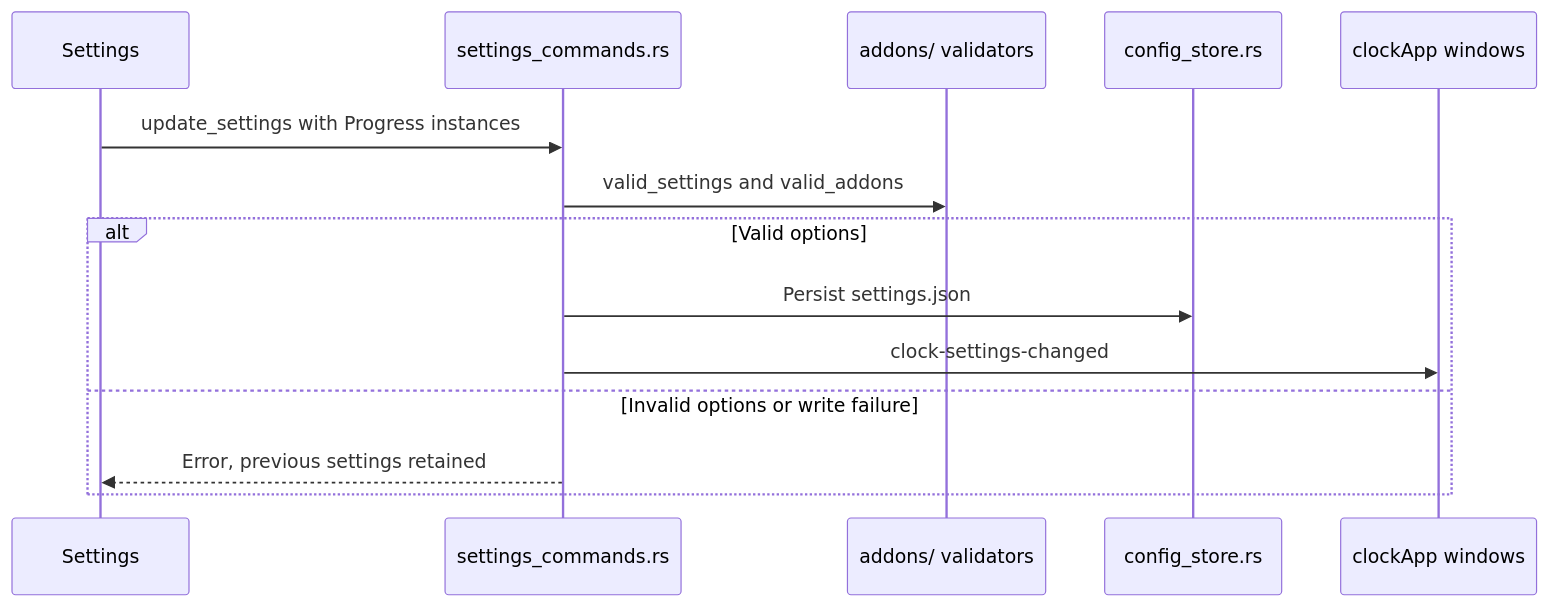
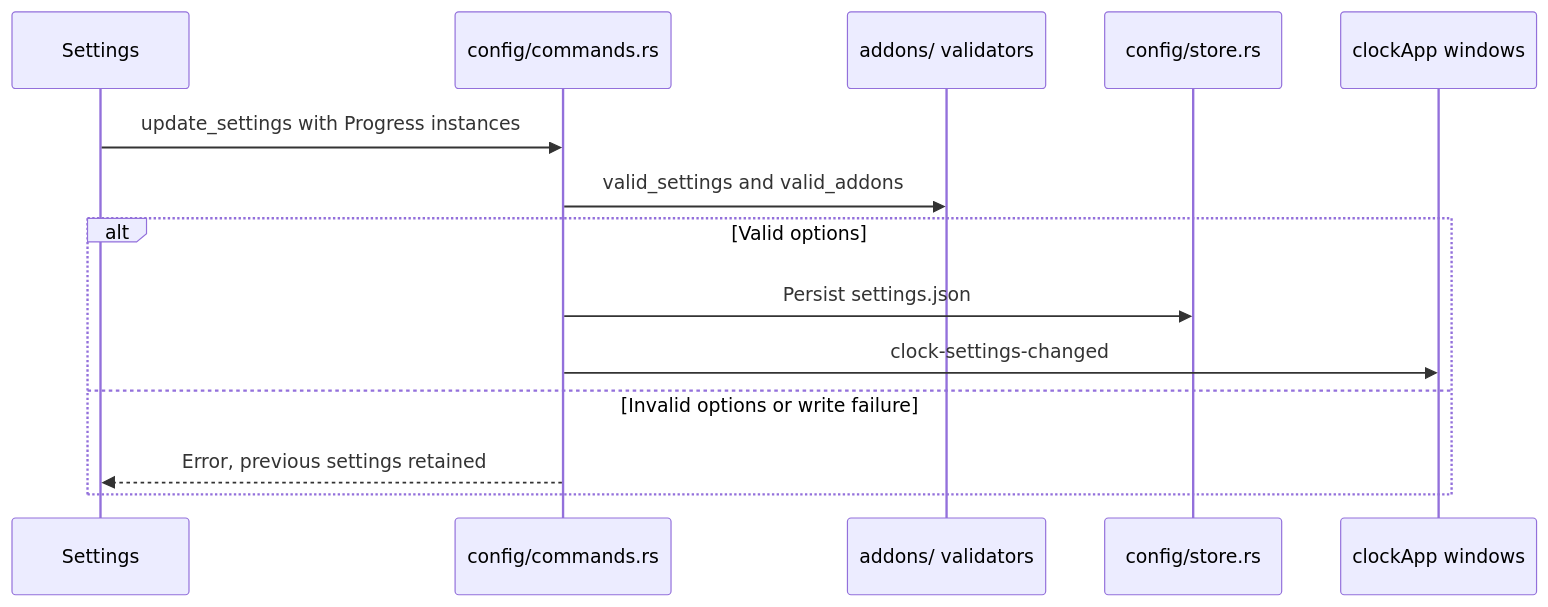
Before and after one commit to tbkmax/TopClock: the seventh of 15 diagrams in src-tauri/src/doc/workflow_diagram.md, drawn with Mermaid. The commit also changed other lines of this file and 81 other files, not shown here.

````diff
--- a/src-tauri/src/doc/workflow_diagram.md
+++ b/src-tauri/src/doc/workflow_diagram.md
@@ -149,16 +151,16 @@
 ```mermaid
 sequenceDiagram
     participant Settings
-    participant Command as settings_commands.rs
+    participant Command as config/commands.rs
     participant Validator as addons/ validators
-    participant Store as config_store.rs
+    participant Store as config/store.rs
     participant Clocks as clockApp windows
     Settings->>Command: update_settings with Progress instances
     Command->>Validator: valid_settings and valid_addons
     alt Valid options
         Command->>Store: Persist settings.json
         Command->>Clocks: clock-settings-changed
     else Invalid options or write failure
         Command-->>Settings: Error, previous settings retained
     end
 ```
````
